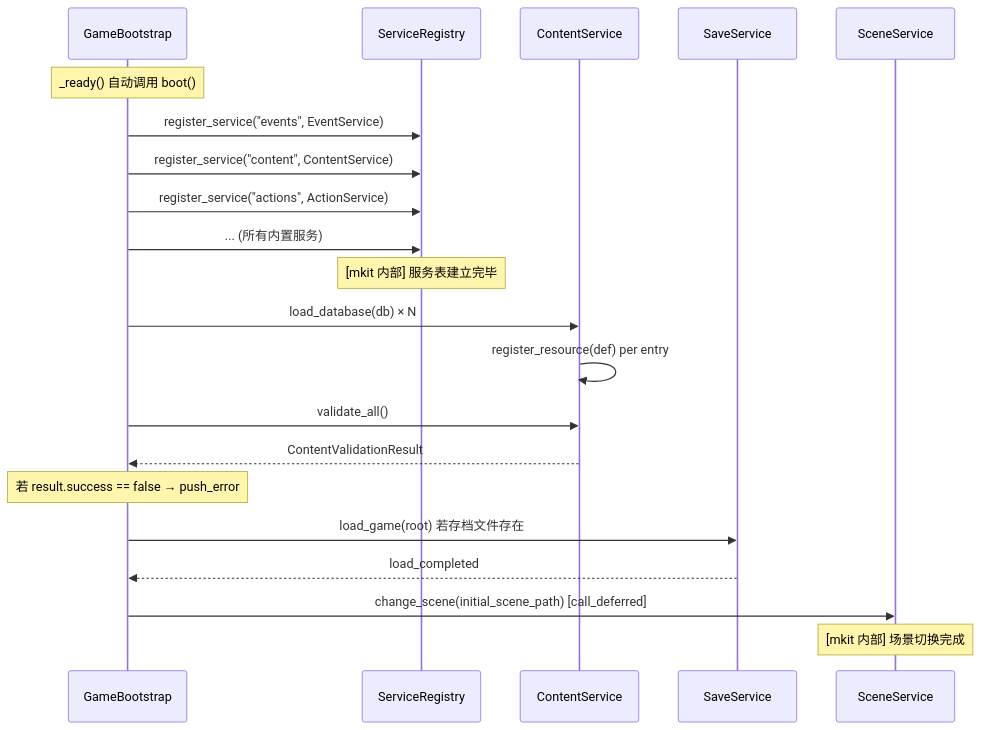
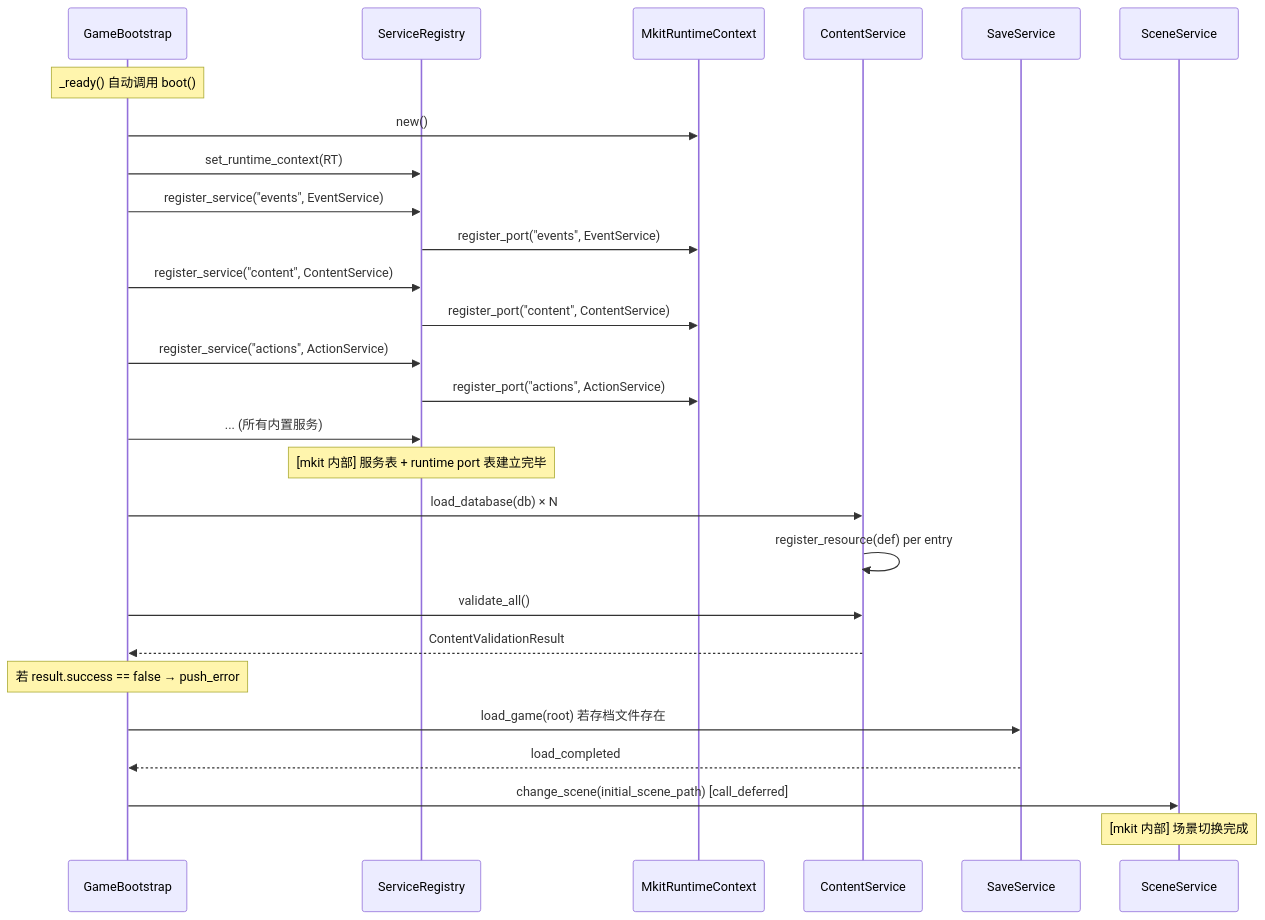
One commit to xiaofeiqiu/mkit changed the first of 20 diagrams in docs/pipeline.md. Above: the diagram before and after it, drawn with Mermaid. The commit also changed other lines of this file and 32 other files, not shown here.

````diff
--- a/docs/pipeline.md
+++ b/docs/pipeline.md
@@ -18,24 +18,30 @@
 ```mermaid
 sequenceDiagram
     participant GB as GameBootstrap
     participant SR as ServiceRegistry
+    participant RT as MkitRuntimeContext
     participant CS as ContentService
     participant SS as SaveService
     participant SC as SceneService
 
     Note over GB: _ready() 自动调用 boot()
+    GB->>RT: new()
+    GB->>SR: set_runtime_context(RT)
     GB->>SR: register_service("events", EventService)
+    SR->>RT: register_port("events", EventService)
     GB->>SR: register_service("content", ContentService)
+    SR->>RT: register_port("content", ContentService)
     GB->>SR: register_service("actions", ActionService)
+    SR->>RT: register_port("actions", ActionService)
     GB->>SR: ... (所有内置服务)
-    Note over SR: [mkit 内部] 服务表建立完毕
+    Note over SR: [mkit 内部] 服务表 + runtime port 表建立完毕
     GB->>CS: load_database(db) × N
     CS->>CS: register_resource(def) per entry
     GB->>CS: validate_all()
     CS-->>GB: ContentValidationResult
     Note over GB: 若 result.success == false → push_error
     GB->>SS: load_game(root) 若存档文件存在
     SS-->>GB: load_completed
     GB->>SC: change_scene(initial_scene_path)  [call_deferred]
     Note over SC: [mkit 内部] 场景切换完成
 ```
````
